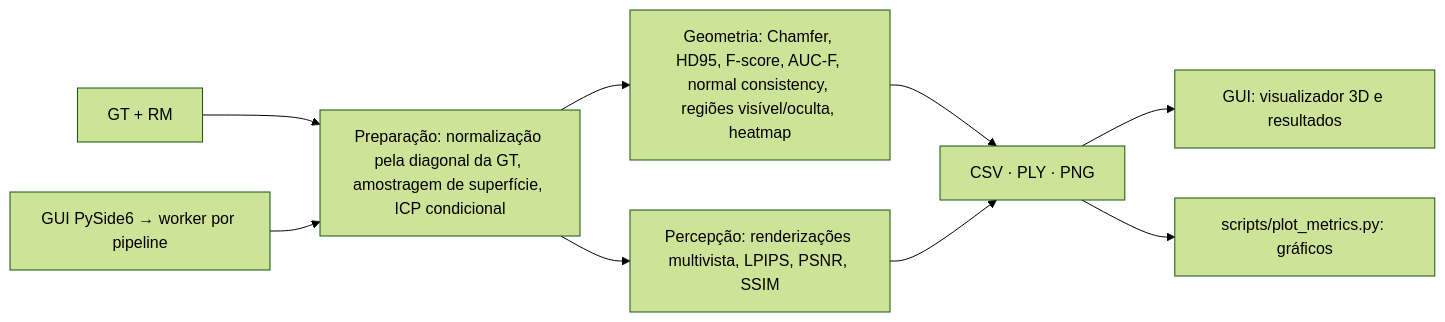
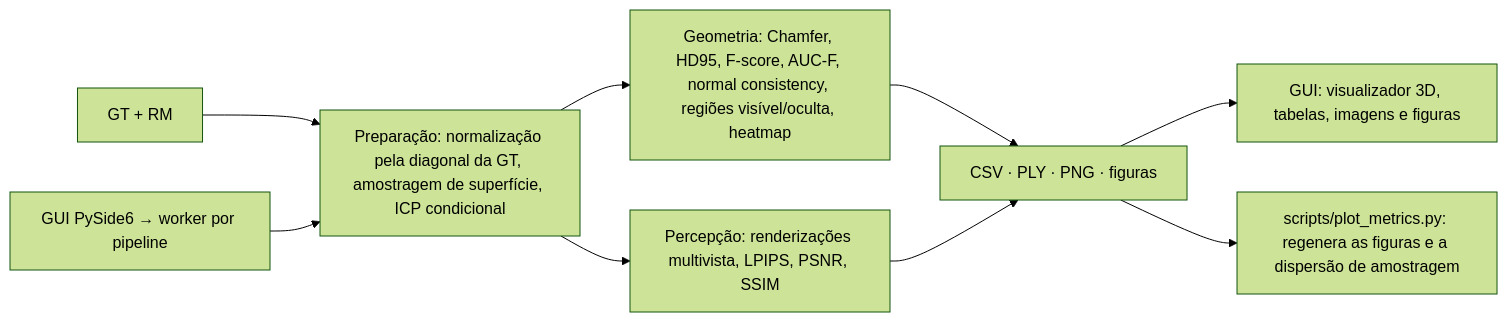
Before and after one commit to lianeheidemann/mesh-comparison: the diagram in docs/README.md, drawn with Mermaid (forest theme). The commit also changed other lines of this file and 12 other files, not shown here.

````diff
--- a/docs/README.md
+++ b/docs/README.md
@@ -17,11 +17,11 @@
 ```mermaid
 flowchart LR
     IN["GT + RM"] --> PREP["Preparação: normalização pela diagonal da GT, amostragem de superfície, ICP condicional"]
     GUI["GUI PySide6 → worker por pipeline"] --> PREP
     PREP --> GEO["Geometria: Chamfer, HD95, F-score, AUC-F, normal consistency, regiões visível/oculta, heatmap"]
     PREP --> PER["Percepção: renderizações multivista, LPIPS, PSNR, SSIM"]
-    GEO --> OUT["CSV · PLY · PNG"]
+    GEO --> OUT["CSV · PLY · PNG · figuras"]
     PER --> OUT
-    OUT --> VIEW["GUI: visualizador 3D e resultados"]
-    OUT --> FIG["scripts/plot_metrics.py: gráficos"]
+    OUT --> VIEW["GUI: visualizador 3D, tabelas, imagens e figuras"]
+    OUT --> FIG["scripts/plot_metrics.py: regenera as figuras e a dispersão de amostragem"]
 ```
````
